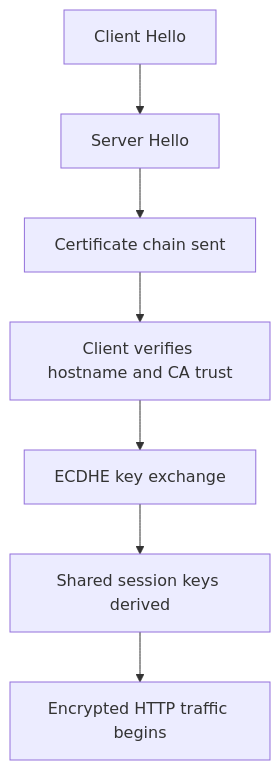
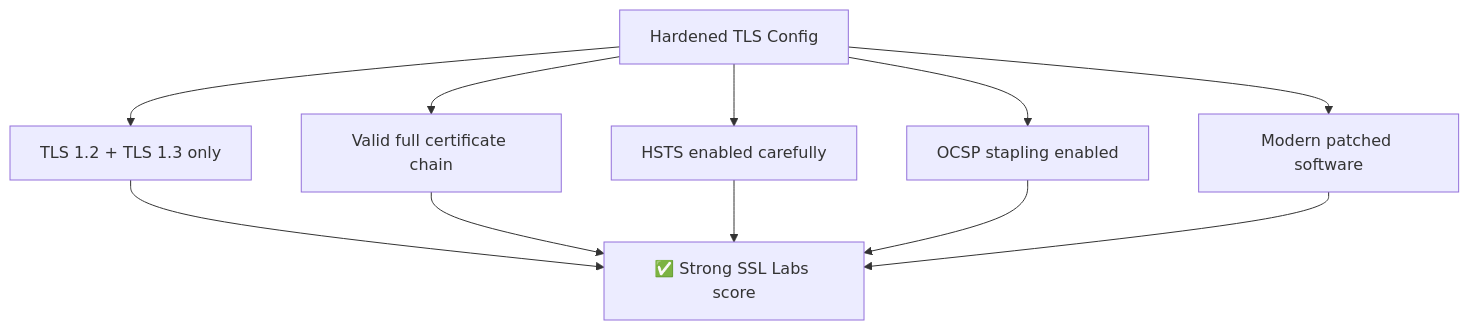
Before and after one commit to ShasidharReddy/Linux: diagram 18 of 29 in 06-WebServers/04-ssl-tls.md, drawn with Mermaid. The commit also changed other lines of this file and 25 other files, not shown here.

First line of the commit message:
docs: visual protocol guides with diagrams & educational images (#3)

````diff
--- a/06-WebServers/04-ssl-tls.md
+++ b/06-WebServers/04-ssl-tls.md
@@ -506,9 +1254,13 @@
 ```mermaid
 graph TD
-    A["Client Hello"] --> B["Server Hello"]
-    B --> C["Certificate chain sent"]
-    C --> D["Client verifies hostname and CA trust"]
-    D --> E["ECDHE key exchange"]
-    E --> F["Shared session keys derived"]
-    F --> G["Encrypted HTTP traffic begins"]
+    CONF["Hardened TLS Config"] --> PROTO["TLS 1.2 + TLS 1.3 only"]
+    CONF --> CHAIN["Valid full certificate chain"]
+    CONF --> HSTS["HSTS enabled carefully"]
+    CONF --> OCSP["OCSP stapling enabled"]
+    CONF --> PATCH["Modern patched software"]
+    PROTO --> SCORE["✅ Strong SSL Labs score"]
+    CHAIN --> SCORE
+    HSTS --> SCORE
+    OCSP --> SCORE
+    PATCH --> SCORE
 ```
````
